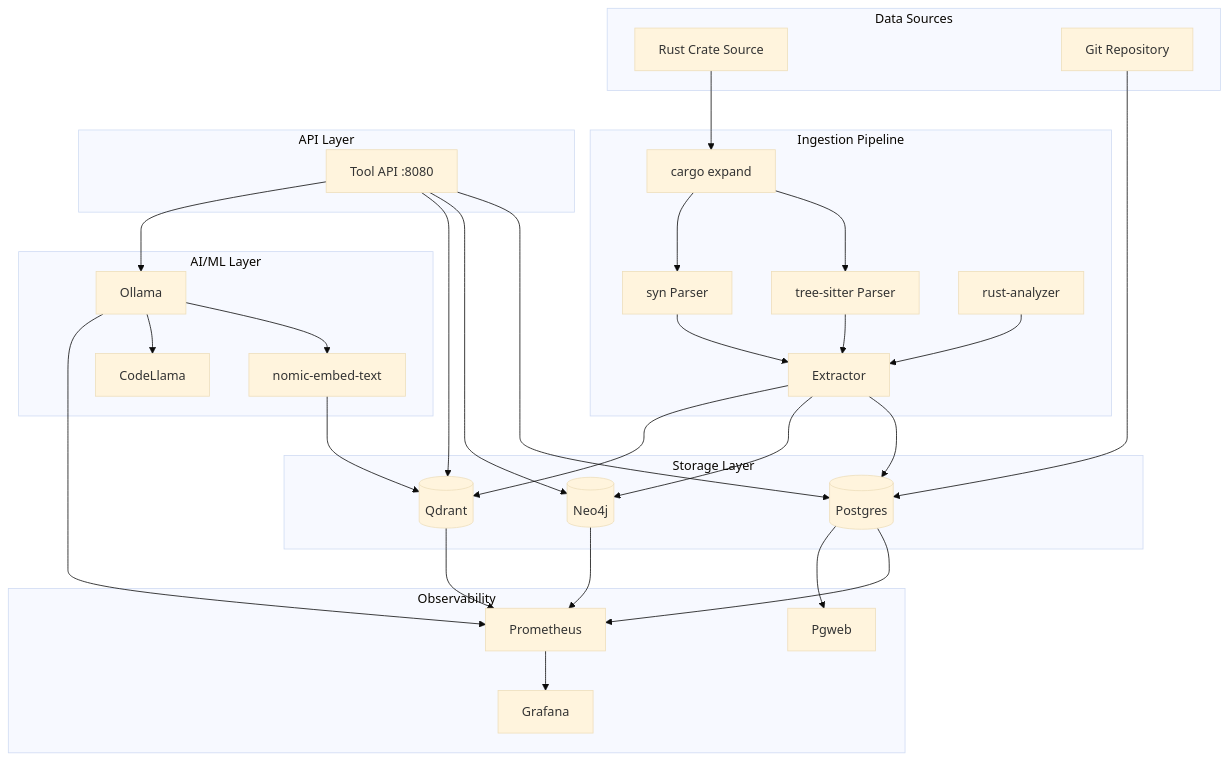
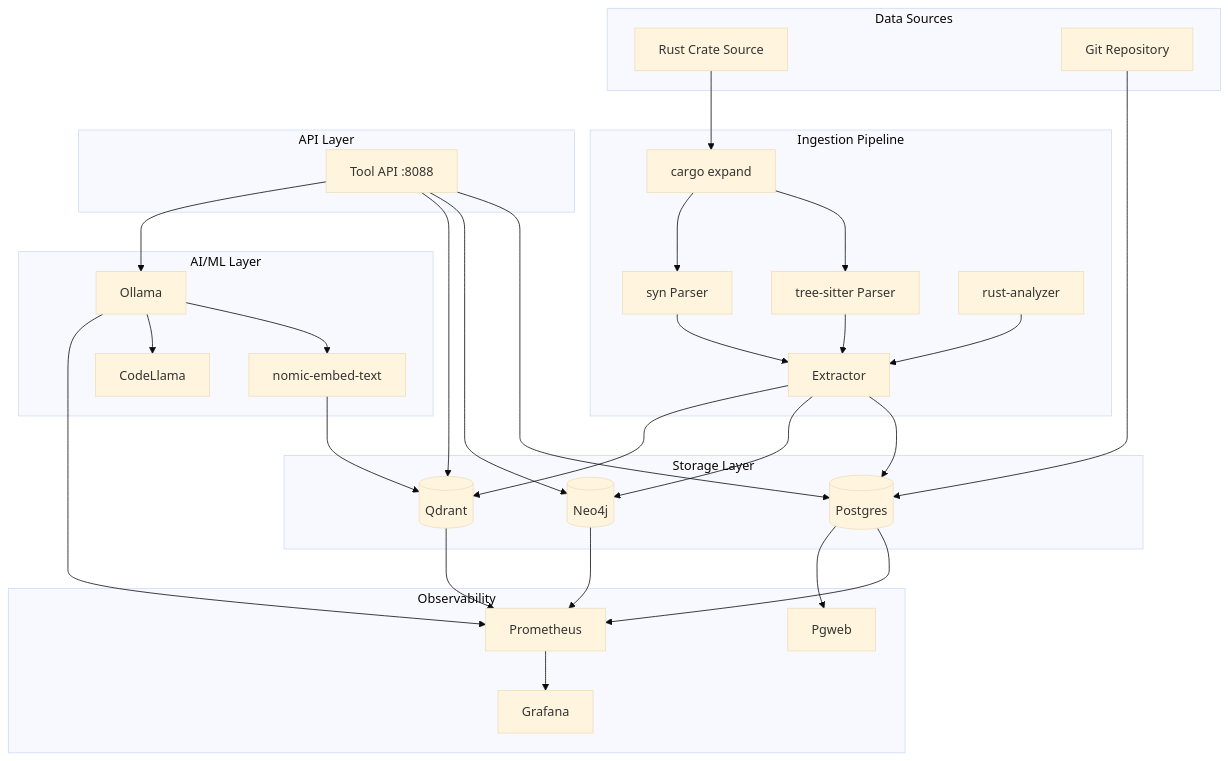
Before and after one commit to jarnura/rust-brain: the first of 4 diagrams in docs/architecture.md, drawn with Mermaid (base theme). The commit also changed 12 other files, not shown here.

````diff
--- a/docs/architecture.md
+++ b/docs/architecture.md
@@ -7,65 +7,65 @@
 ```mermaid
 graph TB
     subgraph "Data Sources"
         RS[Rust Crate Source]
         GIT[Git Repository]
     end
 
     subgraph "Ingestion Pipeline"
         CE[cargo expand]
         TS[tree-sitter Parser]
         SYN[syn Parser]
         RA[rust-analyzer]
         EXT[Extractor]
     end
 
     subgraph "Storage Layer"
         PG[(Postgres)]
         N4J[(Neo4j)]
         QD[(Qdrant)]
     end
 
     subgraph "AI/ML Layer"
         OLL[Ollama]
         EMB[nomic-embed-text]
         LLM[CodeLlama]
     end
 
     subgraph "API Layer"
-        API[Tool API :8080]
+        API[Tool API :8088]
     end
 
     subgraph "Observability"
         PROM[Prometheus]
         GF[Grafana]
         PGWEB[Pgweb]
     end
 
     RS --> CE
     CE --> TS
     CE --> SYN
     TS --> EXT
     SYN --> EXT
     RA --> EXT
     GIT --> PG
 
     EXT --> PG
     EXT --> N4J
     EXT --> QD
 
     OLL --> EMB
     OLL --> LLM
     EMB --> QD
 
     API --> PG
     API --> N4J
     API --> QD
     API --> OLL
 
     PG --> PROM
     N4J --> PROM
     QD --> PROM
     OLL --> PROM
     PROM --> GF
     PG --> PGWEB
 ```
````
